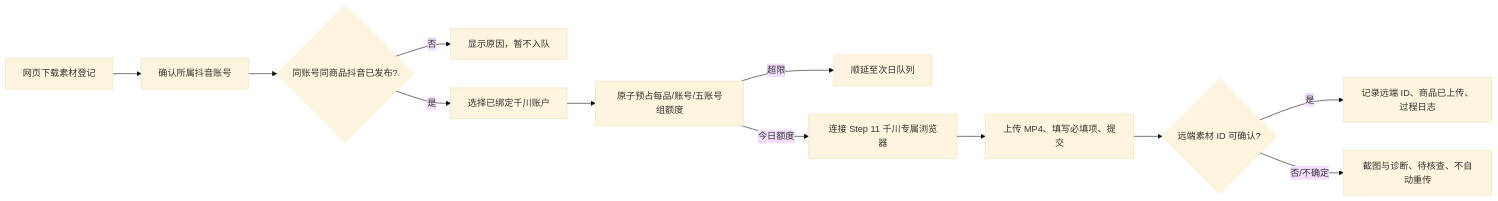
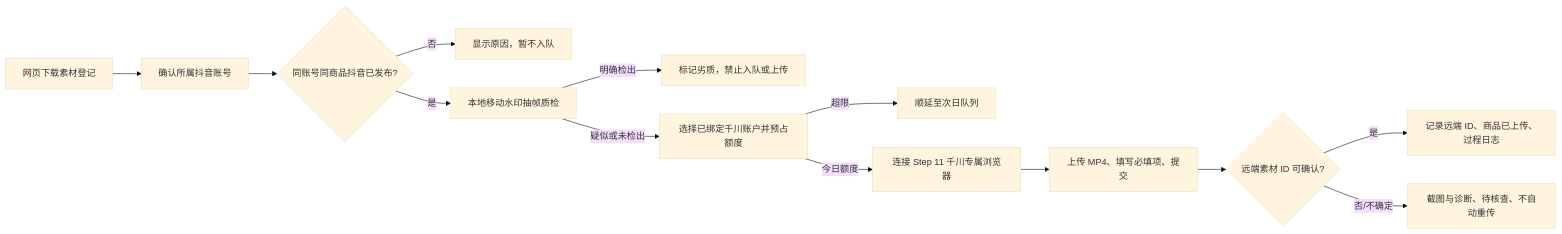
Before and after one commit to hy112429/-2-: the diagram in docs/Step17-千川素材上传.md, drawn with Mermaid (base theme). The commit also changed other lines of this file and 54 other files, not shown here.

````diff
--- a/docs/Step17-千川素材上传.md
+++ b/docs/Step17-千川素材上传.md
@@ -9,14 +11,15 @@
 ```mermaid
 flowchart LR
   A[网页下载素材登记] --> B[确认所属抖音账号]
   B --> C{同账号同商品抖音已发布?}
   C -- 否 --> X[显示原因，暂不入队]
-  C -- 是 --> D[选择已绑定千川账户]
-  D --> E[原子预占每品/账号/五账号组额度]
+  C -- 是 --> D[本地移动水印抽帧质检]
+  D -- 明确检出 --> Q[标记劣质，禁止入队或上传]
+  D -- 疑似或未检出 --> E[选择已绑定千川账户并预占额度]
   E -- 超限 --> F[顺延至次日队列]
   E -- 今日额度 --> G[连接 Step 11 千川专属浏览器]
   G --> H[上传 MP4、填写必填项、提交]
   H --> I{远端素材 ID 可确认?}
   I -- 是 --> J[记录远端 ID、商品已上传、过程日志]
   I -- 否/不确定 --> K[截图与诊断、待核查、不自动重传]
 ```
````
